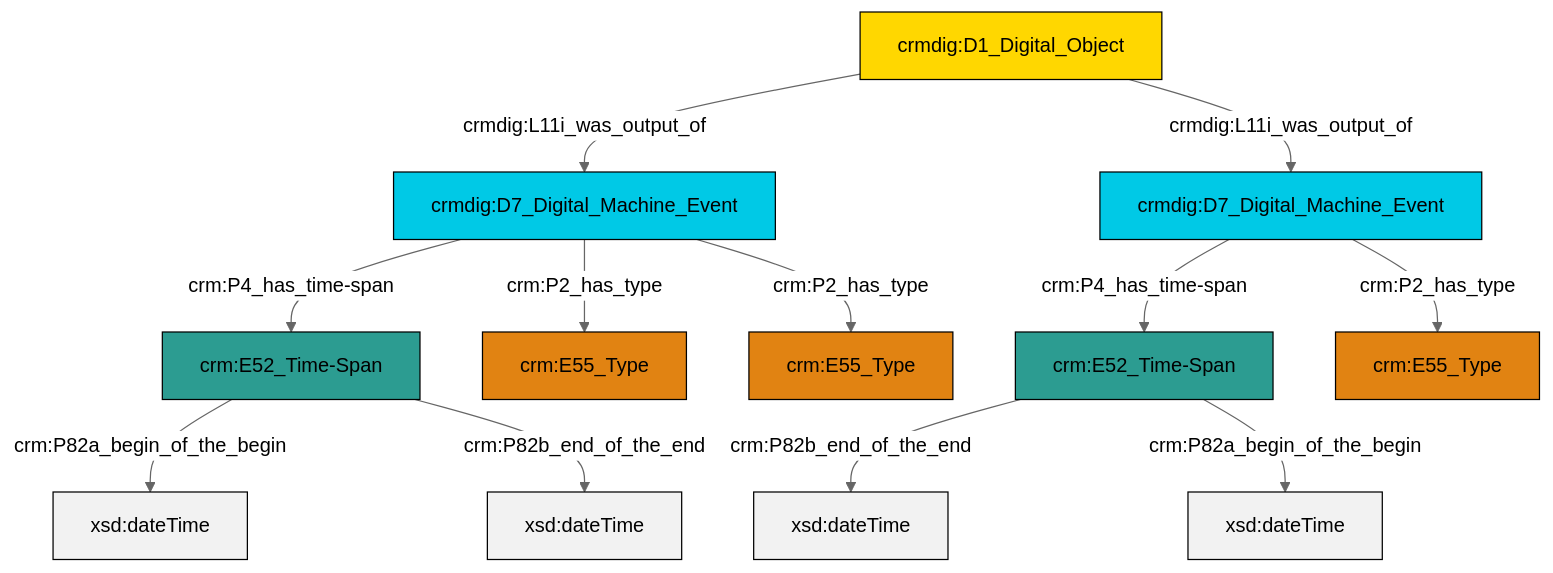
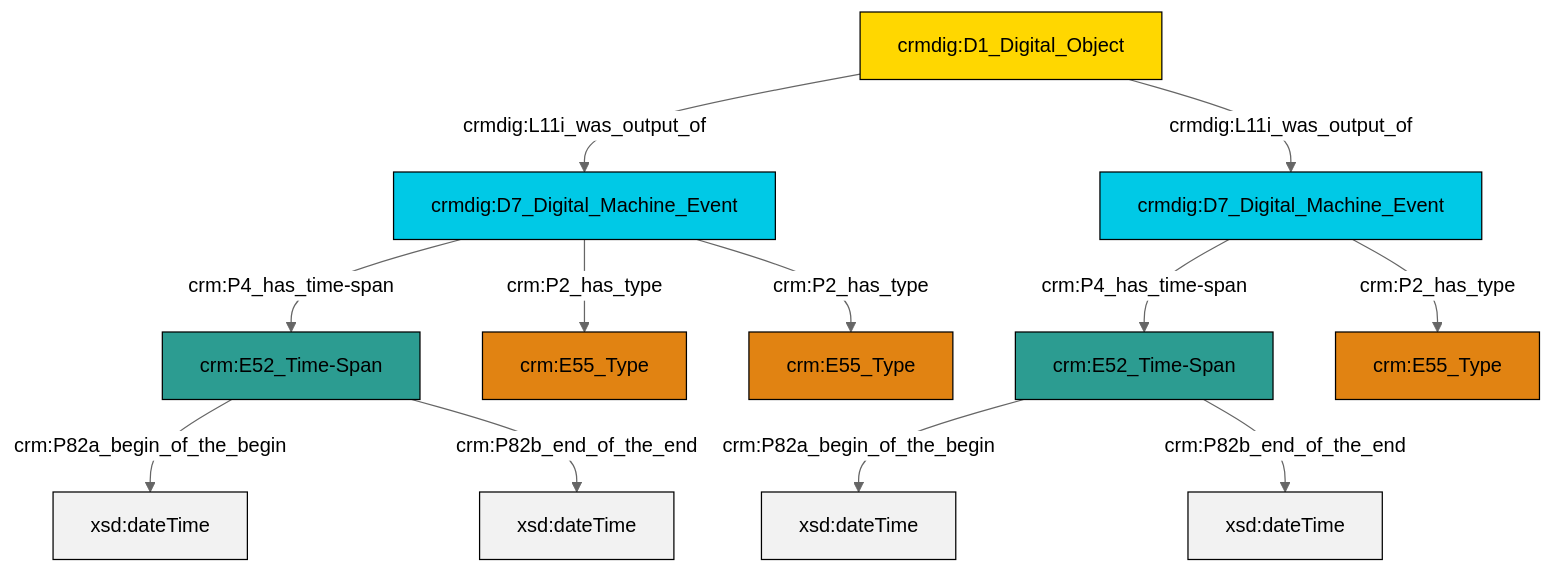
Before and after one commit to swiss-art-research-net/reference-data-models: the diagram in et/doCSV/ttl/mmd/do_existence.ttl.mmd, drawn with Mermaid (neutral theme). The commit also changed 131 other files, not shown here.

```diff
--- a/et/doCSV/ttl/mmd/do_existence.ttl.mmd
+++ b/et/doCSV/ttl/mmd/do_existence.ttl.mmd
@@ -1,26 +1,26 @@
 graph TD
 classDef Literal fill:#f2f2f2,stroke:#000000;
 classDef CRM_Entity fill:#FFFFFF,stroke:#000000;
 classDef Temporal_Entity fill:#00C9E6, stroke:#000000;
 classDef Type fill:#E18312, stroke:#000000;
 classDef Time-Span fill:#2C9C91, stroke:#000000;
 classDef Appellation fill:#FFEB7F, stroke:#000000;
 classDef Place fill:#008836, stroke:#000000;
 classDef Persistent_Item fill:#B266B2, stroke:#000000;
 classDef Conceptual_Object fill:#FFD700, stroke:#000000;
 classDef Physical_Thing fill:#D2B48C, stroke:#000000;
 classDef Actor fill:#f58aad, stroke:#000000;
 classDef PC_Classes fill:#4ce600, stroke:#000000;
 classDef Multi fill:#cccccc,stroke:#000000;
 
-2["crmdig:D1_Digital_Object"]:::Conceptual_Object -->|crmdig:L11i_was_output_of| 3["crmdig:D7_Digital_Machine_Event"]:::Temporal_Entity
-6["crm:E52_Time-Span"]:::Time-Span -->|crm:P82b_end_of_the_end| 7[xsd:dateTime]:::Literal
-6["crm:E52_Time-Span"]:::Time-Span -->|crm:P82a_begin_of_the_begin| 8[xsd:dateTime]:::Literal
-2["crmdig:D1_Digital_Object"]:::Conceptual_Object -->|crmdig:L11i_was_output_of| 4["crmdig:D7_Digital_Machine_Event"]:::Temporal_Entity
-3["crmdig:D7_Digital_Machine_Event"]:::Temporal_Entity -->|crm:P4_has_time-span| 9["crm:E52_Time-Span"]:::Time-Span
-3["crmdig:D7_Digital_Machine_Event"]:::Temporal_Entity -->|crm:P2_has_type| 11["crm:E55_Type"]:::Type
-9["crm:E52_Time-Span"]:::Time-Span -->|crm:P82a_begin_of_the_begin| 16[xsd:dateTime]:::Literal
-9["crm:E52_Time-Span"]:::Time-Span -->|crm:P82b_end_of_the_end| 17[xsd:dateTime]:::Literal
-3["crmdig:D7_Digital_Machine_Event"]:::Temporal_Entity -->|crm:P2_has_type| 0["crm:E55_Type"]:::Type
-4["crmdig:D7_Digital_Machine_Event"]:::Temporal_Entity -->|crm:P4_has_time-span| 6["crm:E52_Time-Span"]:::Time-Span
-4["crmdig:D7_Digital_Machine_Event"]:::Temporal_Entity -->|crm:P2_has_type| 18["crm:E55_Type"]:::Type
+0["crm:E52_Time-Span"]:::Time-Span -->|crm:P82a_begin_of_the_begin| 1[xsd:dateTime]:::Literal
+0["crm:E52_Time-Span"]:::Time-Span -->|crm:P82b_end_of_the_end| 6[xsd:dateTime]:::Literal
+9["crm:E52_Time-Span"]:::Time-Span -->|crm:P82a_begin_of_the_begin| 10[xsd:dateTime]:::Literal
+4["crmdig:D1_Digital_Object"]:::Conceptual_Object -->|crmdig:L11i_was_output_of| 2["crmdig:D7_Digital_Machine_Event"]:::Temporal_Entity
+4["crmdig:D1_Digital_Object"]:::Conceptual_Object -->|crmdig:L11i_was_output_of| 7["crmdig:D7_Digital_Machine_Event"]:::Temporal_Entity
+2["crmdig:D7_Digital_Machine_Event"]:::Temporal_Entity -->|crm:P4_has_time-span| 9["crm:E52_Time-Span"]:::Time-Span
+7["crmdig:D7_Digital_Machine_Event"]:::Temporal_Entity -->|crm:P4_has_time-span| 0["crm:E52_Time-Span"]:::Time-Span
+9["crm:E52_Time-Span"]:::Time-Span -->|crm:P82b_end_of_the_end| 20[xsd:dateTime]:::Literal
+7["crmdig:D7_Digital_Machine_Event"]:::Temporal_Entity -->|crm:P2_has_type| 14["crm:E55_Type"]:::Type
+2["crmdig:D7_Digital_Machine_Event"]:::Temporal_Entity -->|crm:P2_has_type| 12["crm:E55_Type"]:::Type
+2["crmdig:D7_Digital_Machine_Event"]:::Temporal_Entity -->|crm:P2_has_type| 18["crm:E55_Type"]:::Type
```
